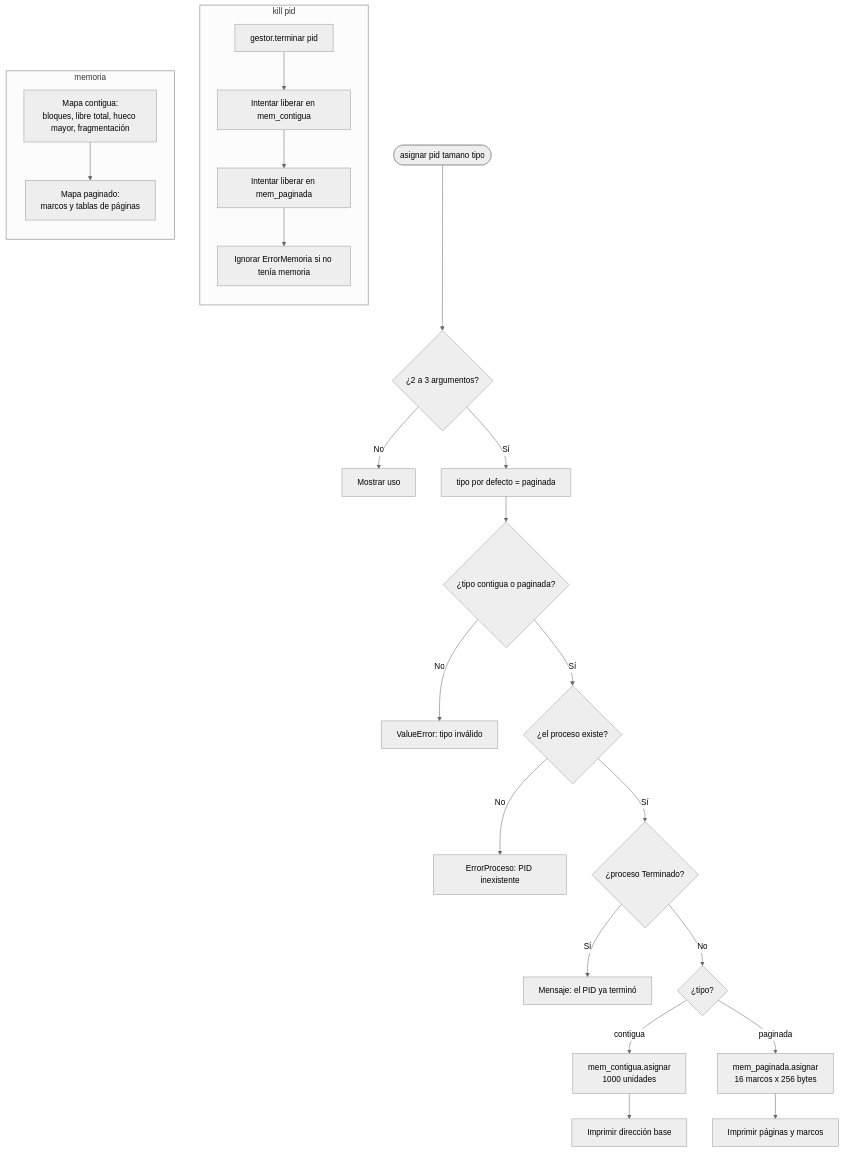
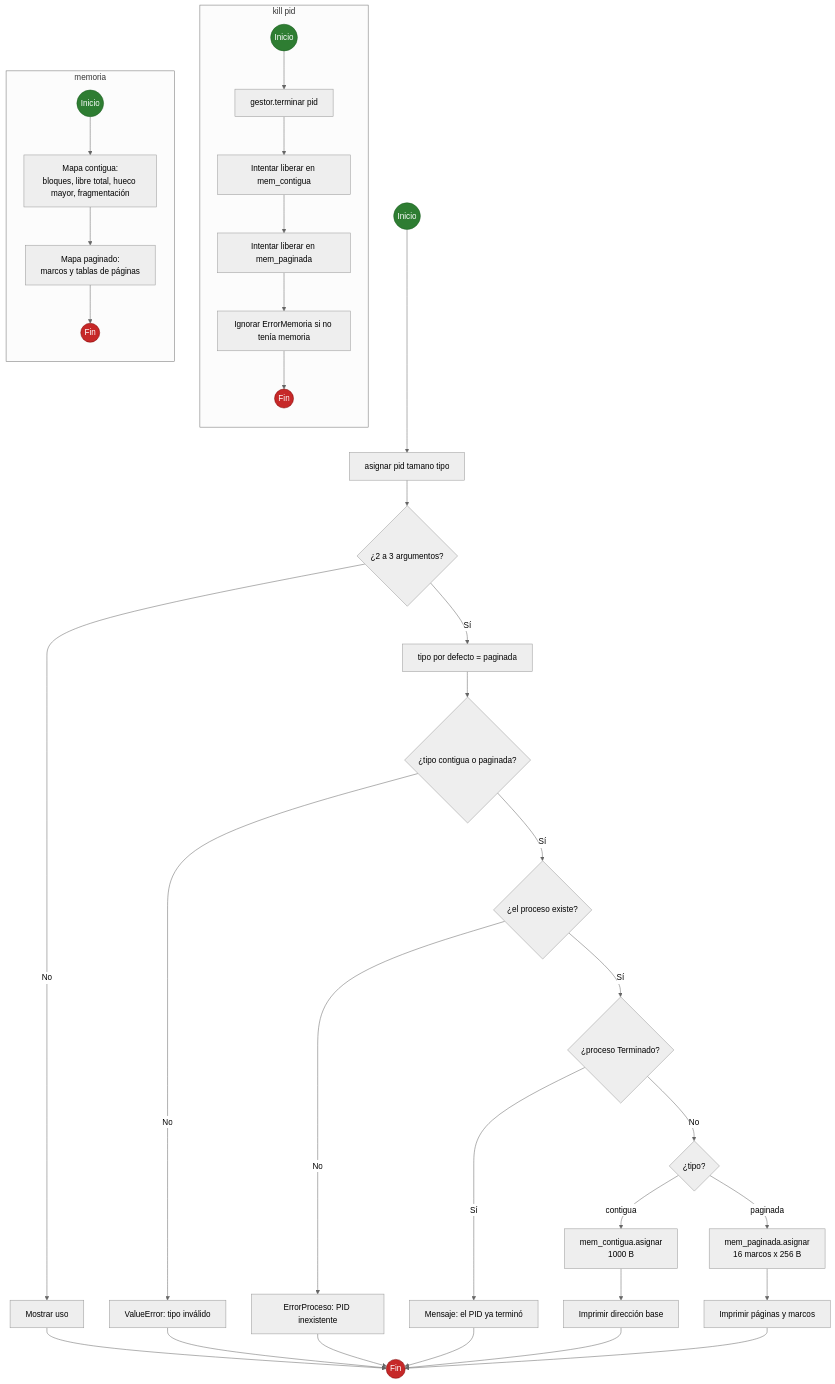
Before and after one commit to mjoacobf/SI421V_SW407V_Proyecto: the diagram in docs/flujogramas/18_comando_asignar_y_kill_memoria.mmd, drawn with Mermaid (neutral theme). The commit also changed 24 other files, not shown here.

```diff
--- a/docs/flujogramas/18_comando_asignar_y_kill_memoria.mmd
+++ b/docs/flujogramas/18_comando_asignar_y_kill_memoria.mmd
@@ -1,27 +1,42 @@
 flowchart TD
-    A(["asignar pid tamano tipo"]) --> B{"¿2 a 3 argumentos?"}
+    INI(("Inicio")) --> A["asignar pid tamano tipo"]
+    A --> B{"¿2 a 3 argumentos?"}
     B -- "No" --> BE["Mostrar uso"]
     B -- "Sí" --> C["tipo por defecto = paginada"]
     C --> D{"¿tipo contigua o paginada?"}
     D -- "No" --> DE["ValueError: tipo inválido"]
     D -- "Sí" --> E{"¿el proceso existe?"}
     E -- "No" --> EE["ErrorProceso: PID inexistente"]
     E -- "Sí" --> F{"¿proceso Terminado?"}
     F -- "Sí" --> FE["Mensaje: el PID ya terminó"]
     F -- "No" --> G{"¿tipo?"}
-    G -- "contigua" --> H["mem_contigua.asignar<br/>1000 unidades"]
-    G -- "paginada" --> I["mem_paginada.asignar<br/>16 marcos x 256 bytes"]
+    G -- "contigua" --> H["mem_contigua.asignar<br/>1000 B"]
+    G -- "paginada" --> I["mem_paginada.asignar<br/>16 marcos x 256 B"]
     H --> J["Imprimir dirección base"]
     I --> K["Imprimir páginas y marcos"]
 
     subgraph KILL["kill pid"]
         direction TB
-        K1["gestor.terminar pid"] --> K2["Intentar liberar en mem_contigua"]
+        KI(("Inicio")) --> K1["gestor.terminar pid"] --> K2["Intentar liberar en mem_contigua"]
         K2 --> K3["Intentar liberar en mem_paginada"]
         K3 --> K4["Ignorar ErrorMemoria si no tenía memoria"]
+        K4 --> KF(("Fin"))
     end
 
     subgraph MAPA["memoria"]
         direction TB
-        M1["Mapa contigua:<br/>bloques, libre total, hueco mayor, fragmentación"] --> M2["Mapa paginado:<br/>marcos y tablas de páginas"]
+        MI(("Inicio")) --> M1["Mapa contigua:<br/>bloques, libre total, hueco mayor, fragmentación"] --> M2["Mapa paginado:<br/>marcos y tablas de páginas"]
+        M2 --> MF(("Fin"))
     end
+    FIN(("Fin"))
+    BE --> FIN
+    DE --> FIN
+    EE --> FIN
+    FE --> FIN
+    J --> FIN
+    K --> FIN
+
+    classDef inicio fill:#2e7d32,stroke:#1b5e20,color:#ffffff
+    classDef fin fill:#c62828,stroke:#7f0000,color:#ffffff
+    class INI,KI,MI inicio
+    class FIN,KF,MF fin
```
